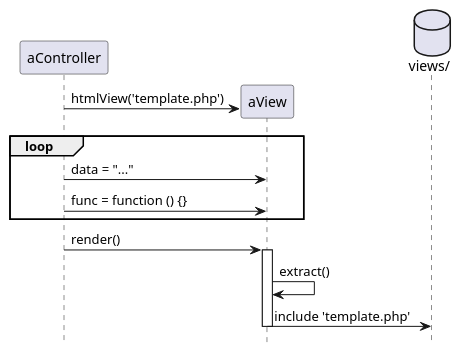
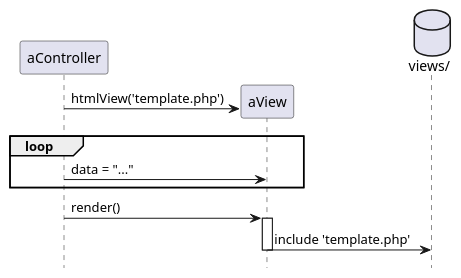
The third of 3 diagrams in docs/index.md (cmb69/pfw_xh), drawn with PlantUML before and after one commit. The commit also changed other lines of this file and 6 other files, not shown here.

```diff
--- a/docs/index.md
+++ b/docs/index.md
@@ -115,21 +115,19 @@
 @startuml
 
 participant "aController" as controller
 participant "aView" as view
 database "views/" as views
 
 create view
 controller -> view : htmlView('template.php')
 loop
     controller -> view : data = "..."
-    controller -> view : func = function () {}
 end
 controller -> view : render()
 activate view
-view -> view : extract()
 view -> views : include 'template.php'
 deactivate view
 
 hide footbox
 
 @enduml
```
